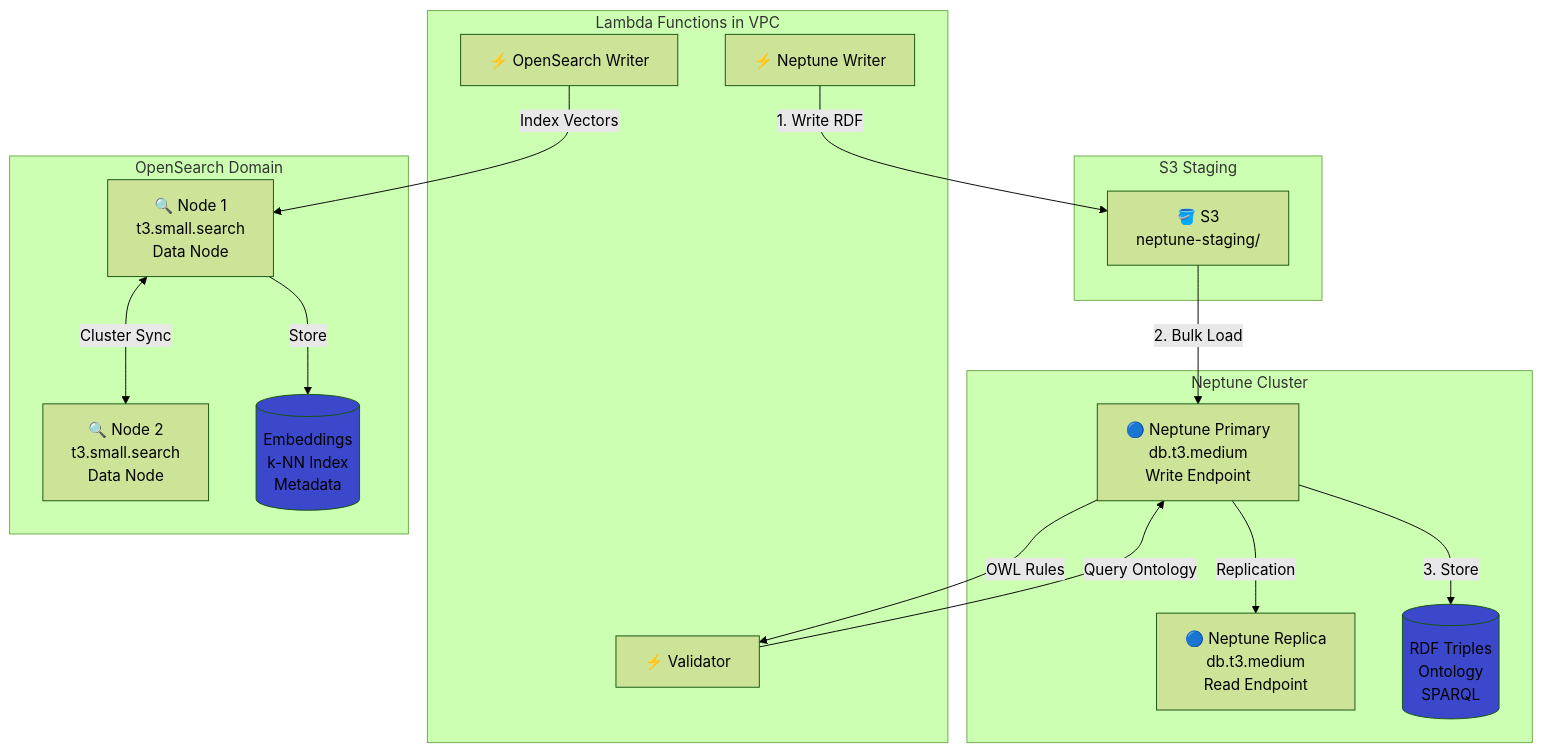
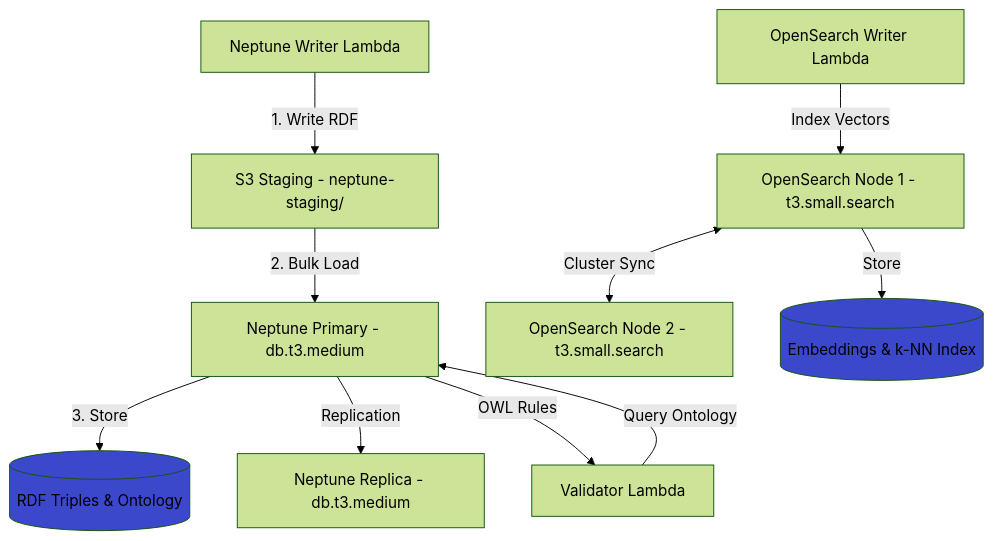
Before and after one commit to asko123/ontology_IAC_AWS_CDK: the sixth of 12 diagrams in ARCHITECTURE_DIAGRAM.md, drawn with Mermaid (forest theme). The commit also changed other lines of this file, not shown here.

First line of the commit message:
Fix Mermaid syntax errors in architecture diagrams

````diff
--- a/ARCHITECTURE_DIAGRAM.md
+++ b/ARCHITECTURE_DIAGRAM.md
@@ -356,43 +235,26 @@
 ```mermaid
 graph TB
-    subgraph "Lambda Functions in VPC"
-        L1[⚡ Neptune Writer]
-        L2[⚡ OpenSearch Writer]
-        L3[⚡ Validator]
-    end
-
-    subgraph "Neptune Cluster"
-        NepPrimary[🔵 Neptune Primary<br/>db.t3.medium<br/>Write Endpoint]
-        NepReplica[🔵 Neptune Replica<br/>db.t3.medium<br/>Read Endpoint]
-        
-        NepPrimary -->|Replication| NepReplica
-        
-        NepData[(RDF Triples<br/>Ontology<br/>SPARQL)]
-    end
-
-    subgraph "OpenSearch Domain"
-        OSNode1[🔍 Node 1<br/>t3.small.search<br/>Data Node]
-        OSNode2[🔍 Node 2<br/>t3.small.search<br/>Data Node]
-        
-        OSNode1 <-->|Cluster Sync| OSNode2
-        
-        OSData[(Embeddings<br/>k-NN Index<br/>Metadata)]
-    end
-
-    subgraph "S3 Staging"
-        S3Stage[🪣 S3<br/>neptune-staging/]
-    end
+    L1["Neptune Writer Lambda"]
+    L2["OpenSearch Writer Lambda"]
+    L3["Validator Lambda"]
+    S3Stage["S3 Staging - neptune-staging/"]
+    NepPrimary["Neptune Primary - db.t3.medium"]
+    NepReplica["Neptune Replica - db.t3.medium"]
+    NepData[("RDF Triples & Ontology")]
+    OSNode1["OpenSearch Node 1 - t3.small.search"]
+    OSNode2["OpenSearch Node 2 - t3.small.search"]
+    OSData[("Embeddings & k-NN Index")]
 
     L1 -->|1. Write RDF| S3Stage
     S3Stage -->|2. Bulk Load| NepPrimary
     NepPrimary -->|3. Store| NepData
-    
+    NepPrimary -->|Replication| NepReplica
     L3 -->|Query Ontology| NepPrimary
     NepPrimary -->|OWL Rules| L3
-    
     L2 -->|Index Vectors| OSNode1
+    OSNode1 <-->|Cluster Sync| OSNode2
     OSNode1 -->|Store| OSData
     
     style NepData fill:#3B48CC
     style OSData fill:#3B48CC
 ```
````
